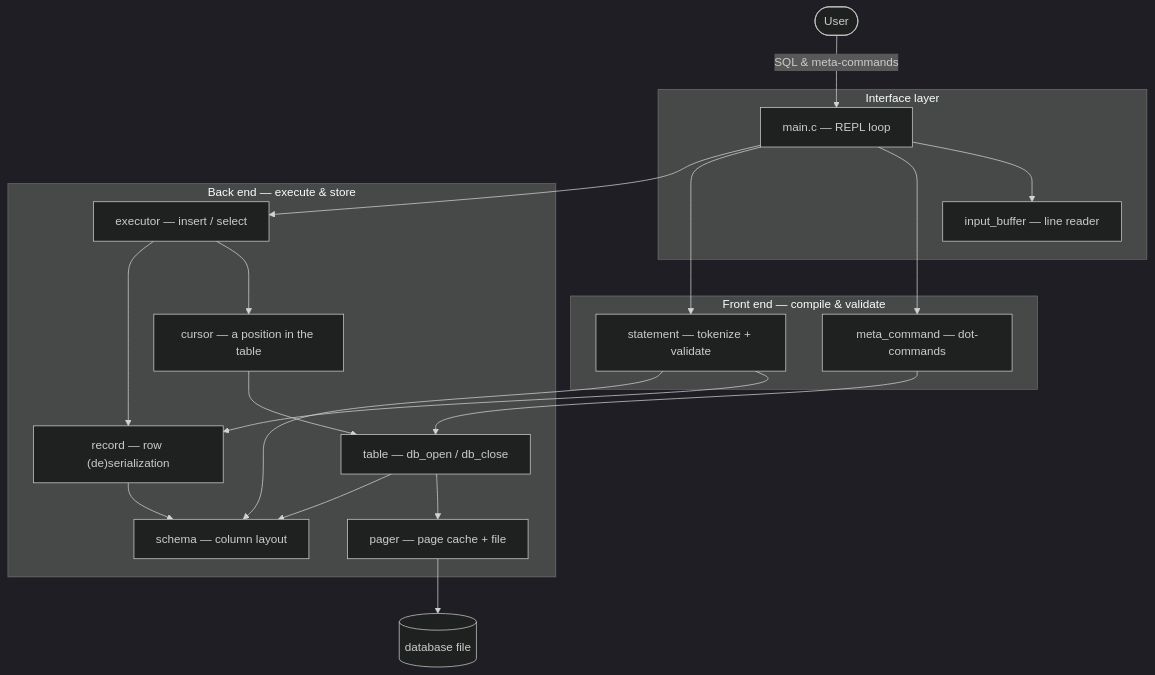
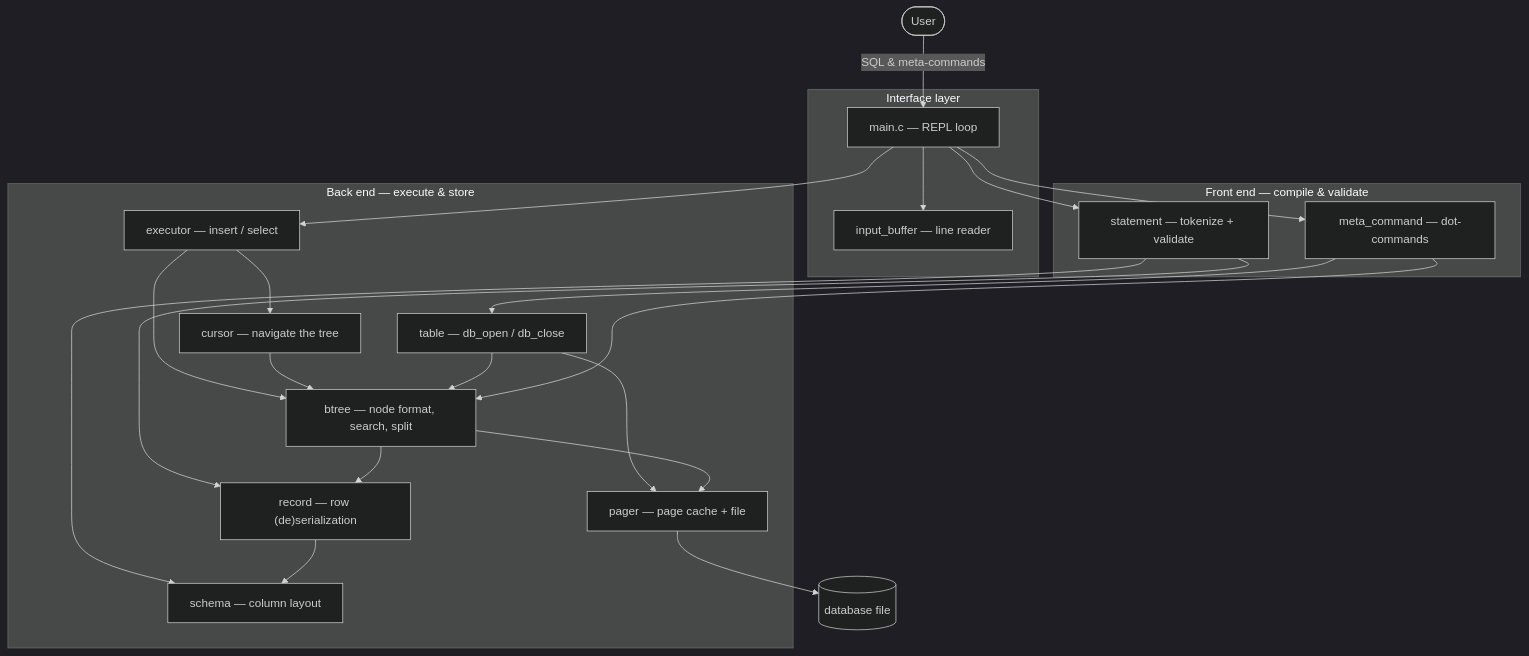
Before and after one commit to Rohitangshu2026/mini-sql: the first of 16 diagrams in README.md, drawn with Mermaid (dark theme). The commit also changed other lines of this file, not shown here.

First line of the commit message:
docs: rewrite the README for the B-tree storage engine

````diff
--- a/README.md
+++ b/README.md
@@ -103,40 +128,44 @@
 ```mermaid
 flowchart TD
     User([User]) -->|SQL & meta-commands| REPL
 
     subgraph Interface["Interface layer"]
         REPL["main.c — REPL loop"]
         IB["input_buffer — line reader"]
     end
 
     subgraph Frontend["Front end — compile & validate"]
         META["meta_command — dot-commands"]
         STMT["statement — tokenize + validate"]
     end
 
     subgraph Backend["Back end — execute & store"]
         EXEC["executor — insert / select"]
-        CUR["cursor — a position in the table"]
+        CUR["cursor — navigate the tree"]
         TABLE["table — db_open / db_close"]
+        BTREE["btree — node format, search, split"]
         REC["record — row (de)serialization"]
         SCHEMA["schema — column layout"]
         PAGER["pager — page cache + file"]
     end
 
     FILE[("database file")]
 
     REPL --> IB
     REPL --> META
     REPL --> STMT
     REPL --> EXEC
     STMT --> REC
     STMT --> SCHEMA
     EXEC --> CUR
-    EXEC --> REC
-    CUR --> TABLE
+    EXEC --> BTREE
+    CUR --> BTREE
+    TABLE --> BTREE
     TABLE --> PAGER
-    TABLE --> SCHEMA
+    META --> BTREE
+    META --> TABLE
+    BTREE --> PAGER
+    BTREE --> REC
     REC --> SCHEMA
-    META --> TABLE
     PAGER --> FILE
 ```
````
